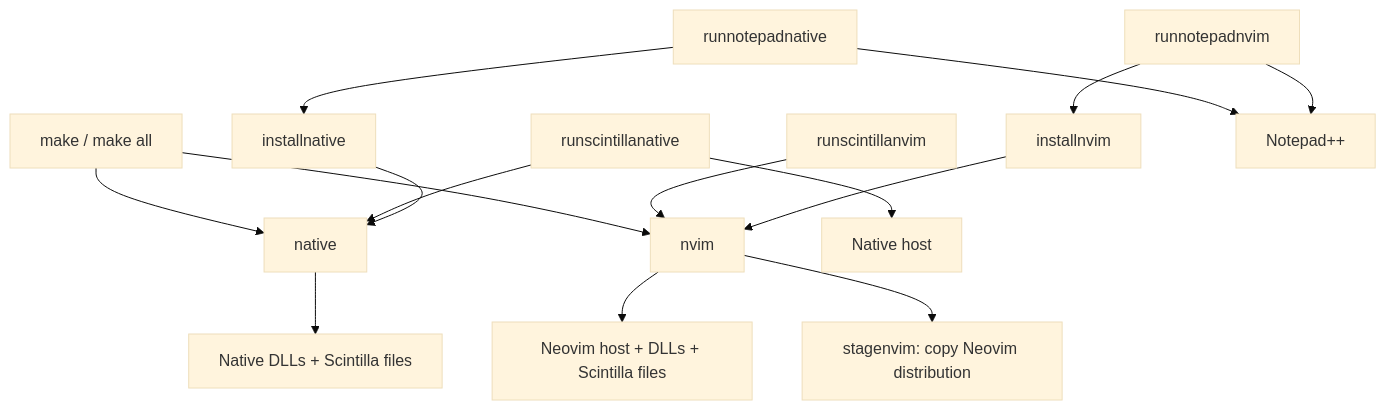
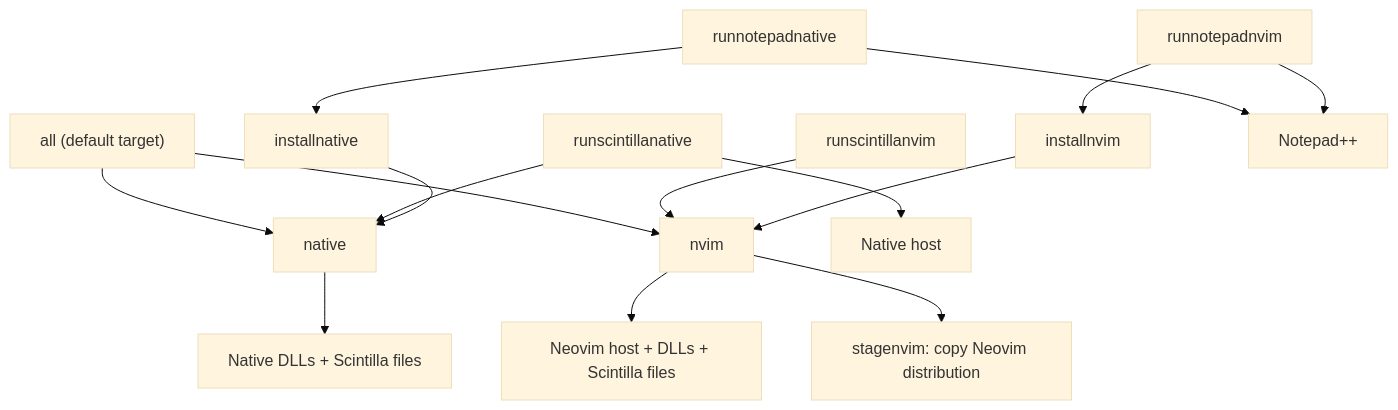
The first of 2 diagrams in plugin/makefile-map.md (filipplays/VimPadPP), drawn with Mermaid (base theme) before and after one commit. The commit also changed other lines of this file and 9 other files, not shown here.

````diff
--- a/plugin/makefile-map.md
+++ b/plugin/makefile-map.md
@@ -8,13 +9,13 @@
 ```mermaid
 flowchart TD
-    ALL["make / make all"] --> NATIVE["native"] & NVIM["nvim"]
+    ALL["all (default target)"] --> NATIVE["native"] & NVIM["nvim"]
     NATIVE --> NFILES["Native DLLs + Scintilla files"]
     NVIM --> VFILES["Neovim host + DLLs + Scintilla files"]
     NVIM --> STAGE["stagenvim: copy Neovim distribution"]
     RSN["runscintillanative"] --> NATIVE & NHOST["Native host"]
     RSV["runscintillanvim"] --> NVIM
     IN["installnative"] --> NATIVE
     IV["installnvim"] --> NVIM
     RNN["runnotepadnative"] --> IN & NP["Notepad++"]
     RNV["runnotepadnvim"] --> IV & NP
 ```
````
